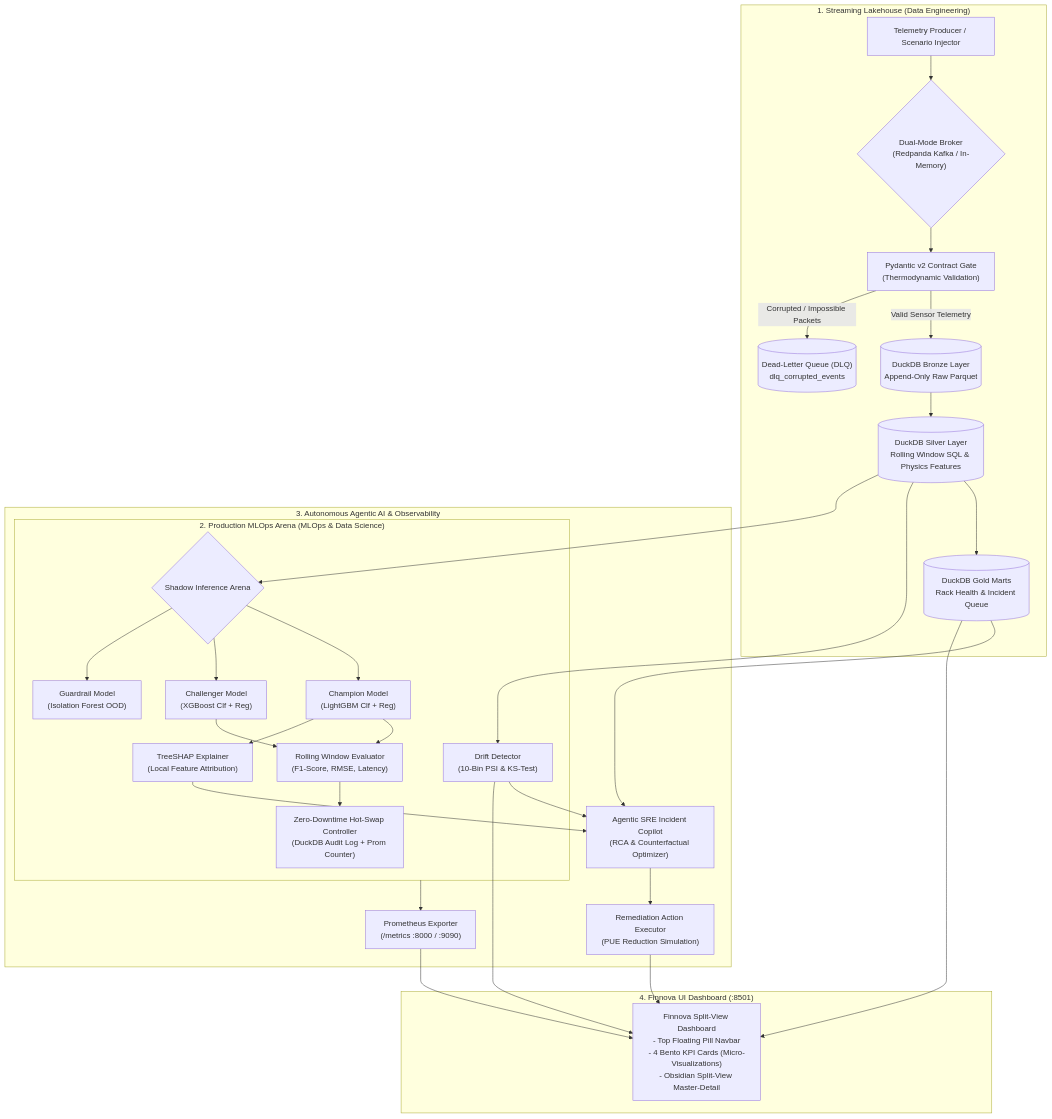
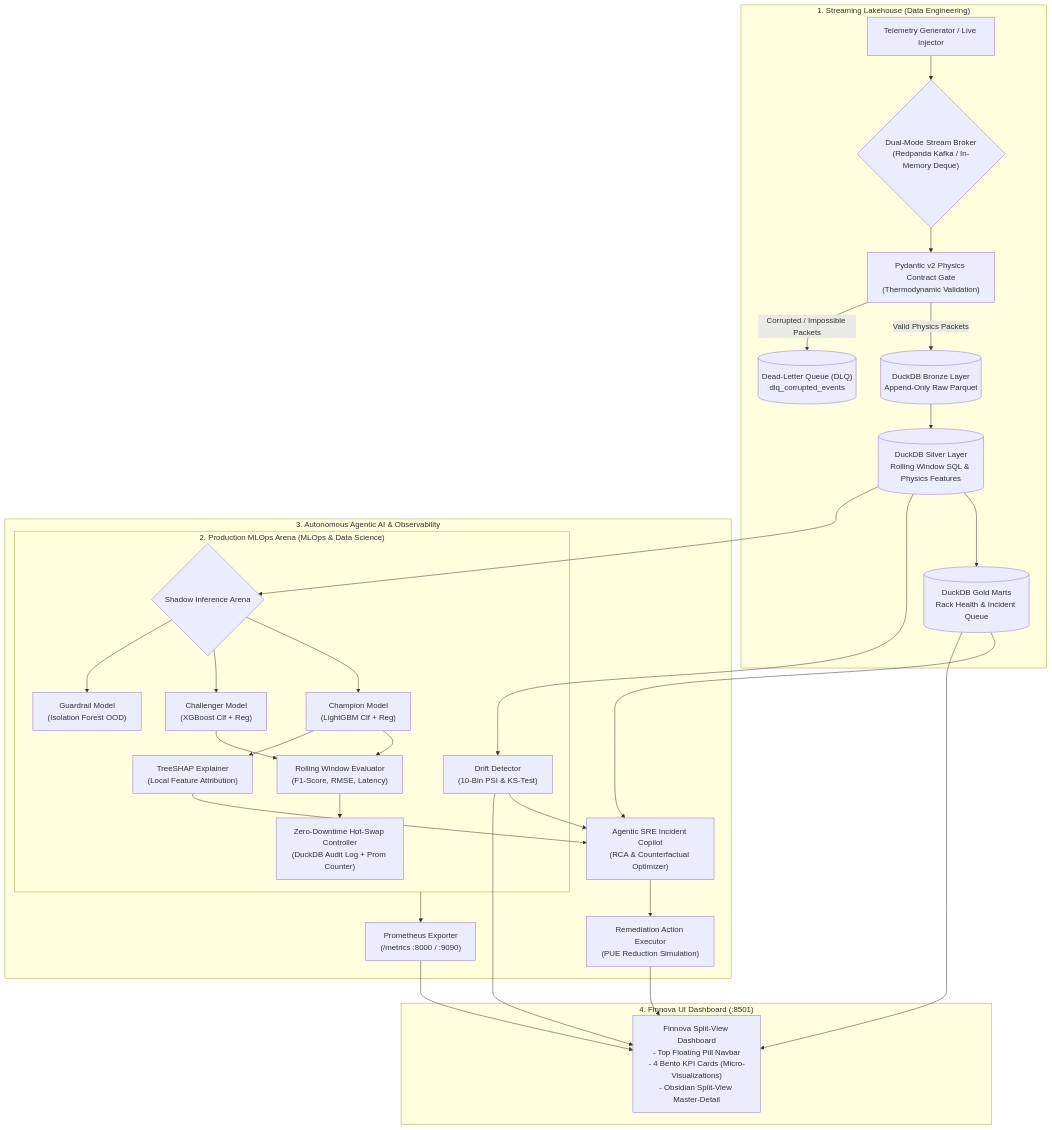
One commit to MAHEZANOVRAYUDA/AETHER-DC-GreenOps-AI changed the first of 2 diagrams in README.md. Above: the diagram before and after it, drawn with Mermaid. The commit also changed other lines of this file and 28 other files, not shown here.

Commit message:
feat(core): complete finnova ui overhaul, medallion lakehouse hardening, docs restructuring, and knowledge graph integration

````diff
--- a/README.md
+++ b/README.md
@@ -21,32 +44,32 @@
 ```mermaid
 flowchart TD
     subgraph DataEngineering["1. Streaming Lakehouse (Data Engineering)"]
-        PROD["Telemetry Producer / Scenario Injector"] --> BROKER{"Dual-Mode Broker\n(Redpanda Kafka / In-Memory)"}
-        BROKER --> GATE["Pydantic v2 Contract Gate\n(Thermodynamic Validation)"]
-        GATE -- "Valid Sensor Telemetry" --> BRONZE[("DuckDB Bronze Layer\nAppend-Only Raw Parquet")]
+        PROD["Telemetry Generator / Live Injector"] --> BROKER{"Dual-Mode Stream Broker\n(Redpanda Kafka / In-Memory Deque)"}
+        BROKER --> GATE["Pydantic v2 Physics Contract Gate\n(Thermodynamic Validation)"]
+        GATE -- "Valid Physics Packets" --> BRONZE[("DuckDB Bronze Layer\nAppend-Only Raw Parquet")]
         GATE -- "Corrupted / Impossible Packets" --> DLQ[("Dead-Letter Queue (DLQ)\ndlq_corrupted_events")]
         BRONZE --> SILVER[("DuckDB Silver Layer\nRolling Window SQL & Physics Features")]
         SILVER --> GOLD[("DuckDB Gold Marts\nRack Health & Incident Queue")]
     end
 
     subgraph MLOpsArena["2. Production MLOps Arena (MLOps & Data Science)"]
         SILVER --> DRIFT["Drift Detector\n(10-Bin PSI & KS-Test)"]
         SILVER --> SHADOW{"Shadow Inference Arena"}
         SHADOW --> CHAMP["Champion Model\n(LightGBM Clf + Reg)"]
         SHADOW --> CHALL["Challenger Model\n(XGBoost Clf + Reg)"]
         SHADOW --> GUARD["Guardrail Model\n(Isolation Forest OOD)"]
         CHAMP & CHALL --> EVAL["Rolling Window Evaluator\n(F1-Score, RMSE, Latency)"]
         EVAL --> SWAP["Zero-Downtime Hot-Swap Controller\n(DuckDB Audit Log + Prom Counter)"]
         CHAMP --> SHAP["TreeSHAP Explainer\n(Local Feature Attribution)"]
     end
 
     subgraph AgenticSRE["3. Autonomous Agentic AI & Observability"]
         MLOpsArena --> PROM["Prometheus Exporter\n(/metrics :8000 / :9090)"]
         GOLD & SHAP & DRIFT --> COPILOT["Agentic SRE Incident Copilot\n(RCA & Counterfactual Optimizer)"]
         COPILOT --> REMEDIATE["Remediation Action Executor\n(PUE Reduction Simulation)"]
     end
 
     subgraph Presentation["4. Finnova UI Dashboard (:8501)"]
         REMEDIATE & PROM & GOLD & DRIFT --> UI["Finnova Split-View Dashboard\n- Top Floating Pill Navbar\n- 4 Bento KPI Cards (Micro-Visualizations)\n- Obsidian Split-View Master-Detail"]
     end
 ```
````
